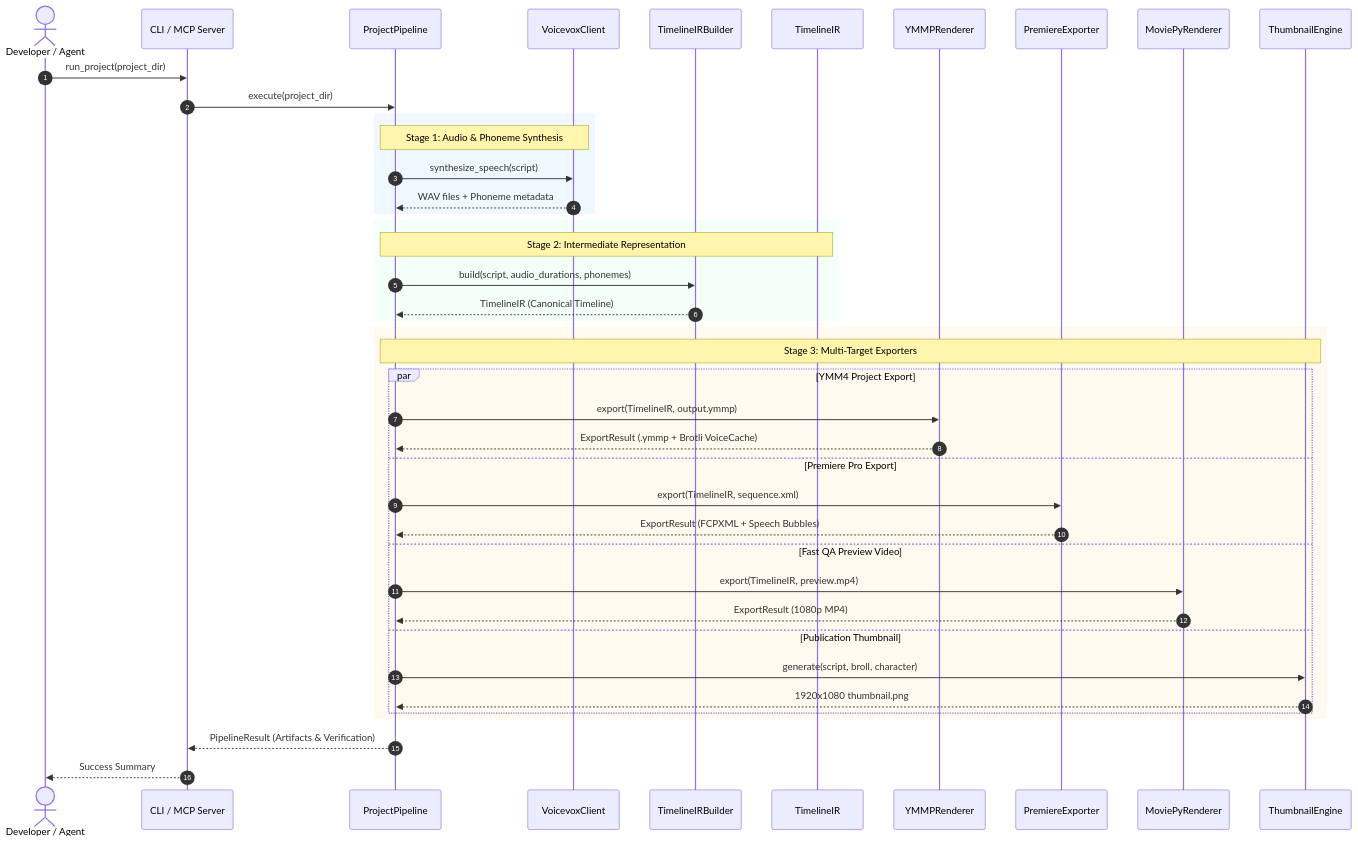
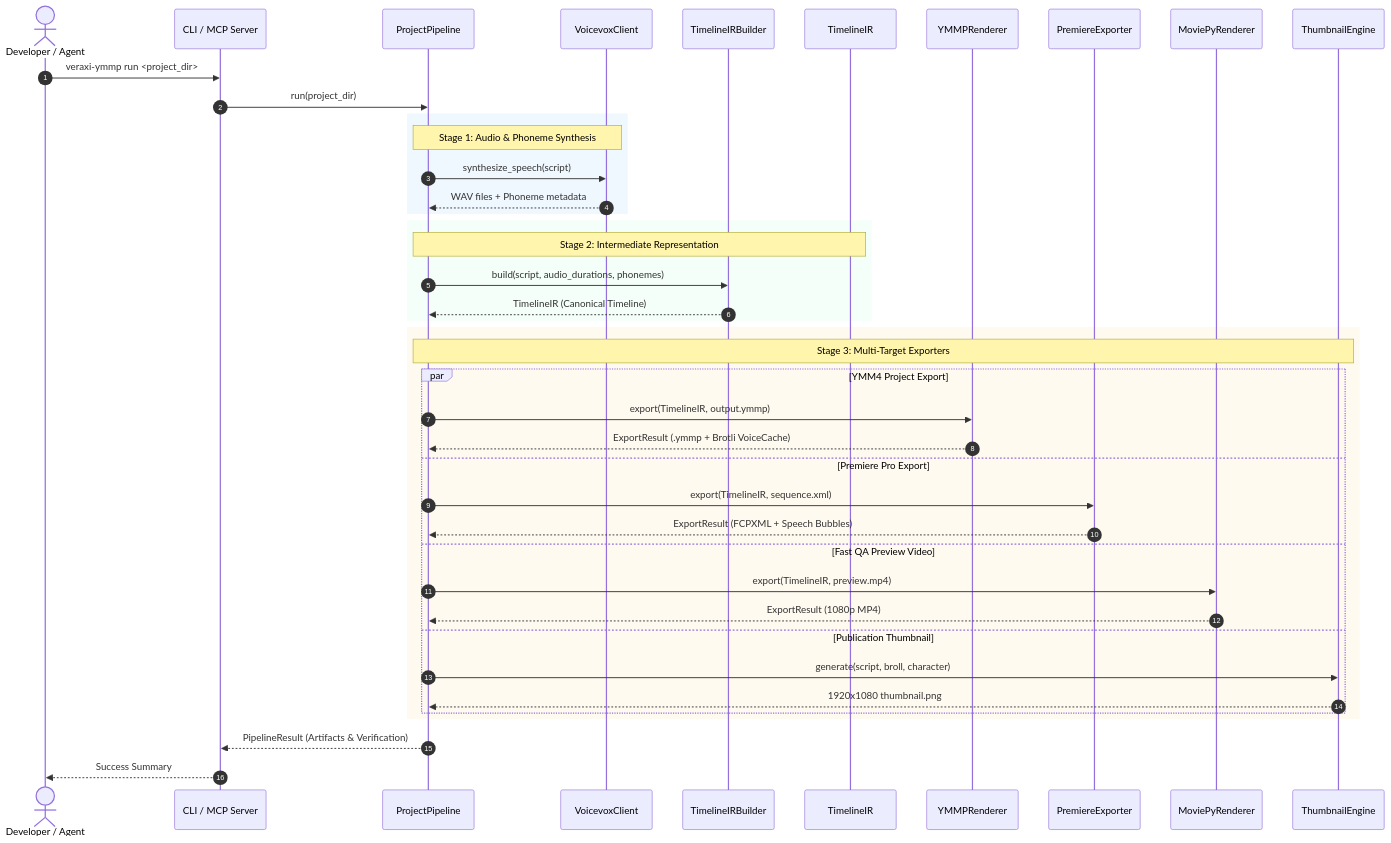
The second of 2 diagrams in ARCHITECTURE.md (kcoaguila-dev/veraxi-ymmp), drawn with Mermaid before and after one commit. The commit also changed other lines of this file and 44 other files, not shown here.

Commit message:
fix(ymmp): isolate background clips to Layer 0 and enforce B-Roll layer 1 hygiene; add project 03

````diff
--- a/ARCHITECTURE.md
+++ b/ARCHITECTURE.md
@@ -131,49 +139,49 @@
 ```mermaid
 sequenceDiagram
     autonumber
     actor User as Developer / Agent
     participant CLI as CLI / MCP Server
     participant Pipeline as ProjectPipeline
     participant VV as VoicevoxClient
     participant Builder as TimelineIRBuilder
     participant IR as TimelineIR
     participant YMMP as YMMPRenderer
     participant Prem as PremiereExporter
     participant MP as MoviePyRenderer
     participant Thumb as ThumbnailEngine
 
-    User->>CLI: run_project(project_dir)
-    CLI->>Pipeline: execute(project_dir)
+    User->>CLI: veraxi-ymmp run <project_dir>
+    CLI->>Pipeline: run(project_dir)
 
     rect rgb(240, 248, 255)
         note over Pipeline,VV: Stage 1: Audio & Phoneme Synthesis
         Pipeline->>VV: synthesize_speech(script)
         VV-->>Pipeline: WAV files + Phoneme metadata
     end
 
     rect rgb(245, 255, 250)
         note over Pipeline,IR: Stage 2: Intermediate Representation
         Pipeline->>Builder: build(script, audio_durations, phonemes)
         Builder-->>Pipeline: TimelineIR (Canonical Timeline)
     end
 
     rect rgb(255, 250, 240)
         note over Pipeline,Thumb: Stage 3: Multi-Target Exporters
         par YMM4 Project Export
             Pipeline->>YMMP: export(TimelineIR, output.ymmp)
             YMMP-->>Pipeline: ExportResult (.ymmp + Brotli VoiceCache)
         and Premiere Pro Export
             Pipeline->>Prem: export(TimelineIR, sequence.xml)
             Prem-->>Pipeline: ExportResult (FCPXML + Speech Bubbles)
         and Fast QA Preview Video
             Pipeline->>MP: export(TimelineIR, preview.mp4)
             MP-->>Pipeline: ExportResult (1080p MP4)
         and Publication Thumbnail
             Pipeline->>Thumb: generate(script, broll, character)
             Thumb-->>Pipeline: 1920x1080 thumbnail.png
         end
     end
 
     Pipeline-->>CLI: PipelineResult (Artifacts & Verification)
     CLI-->>User: Success Summary
 ```
````
